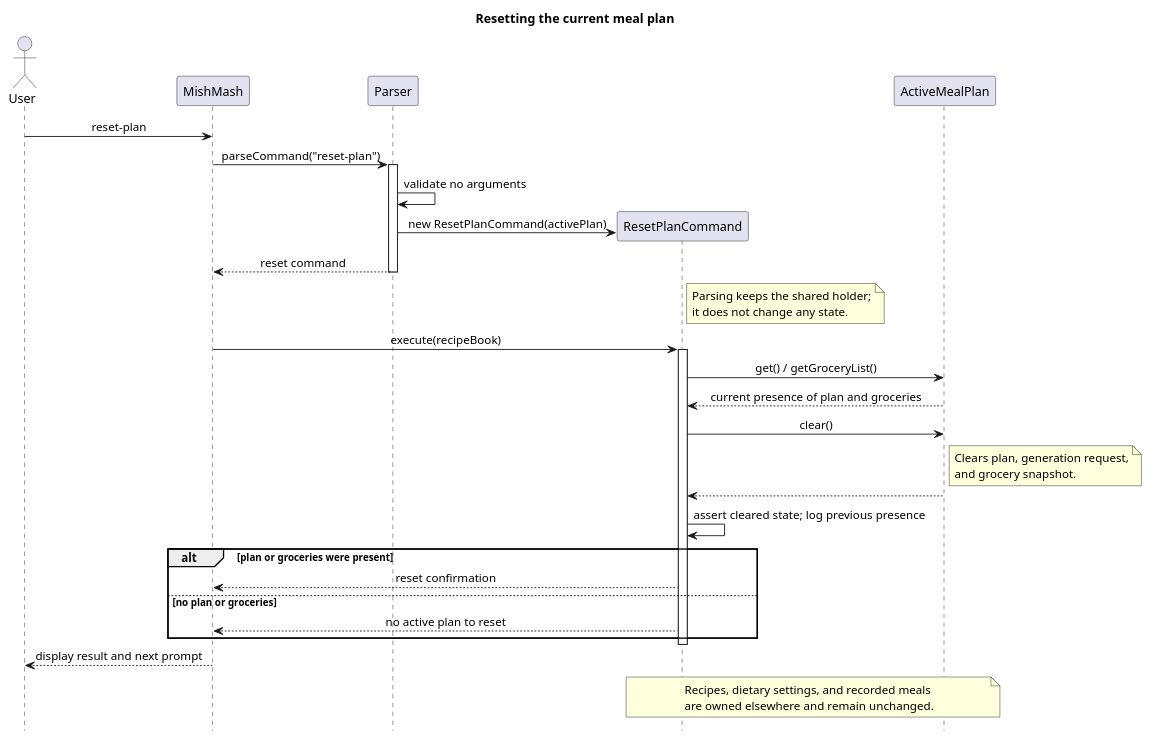
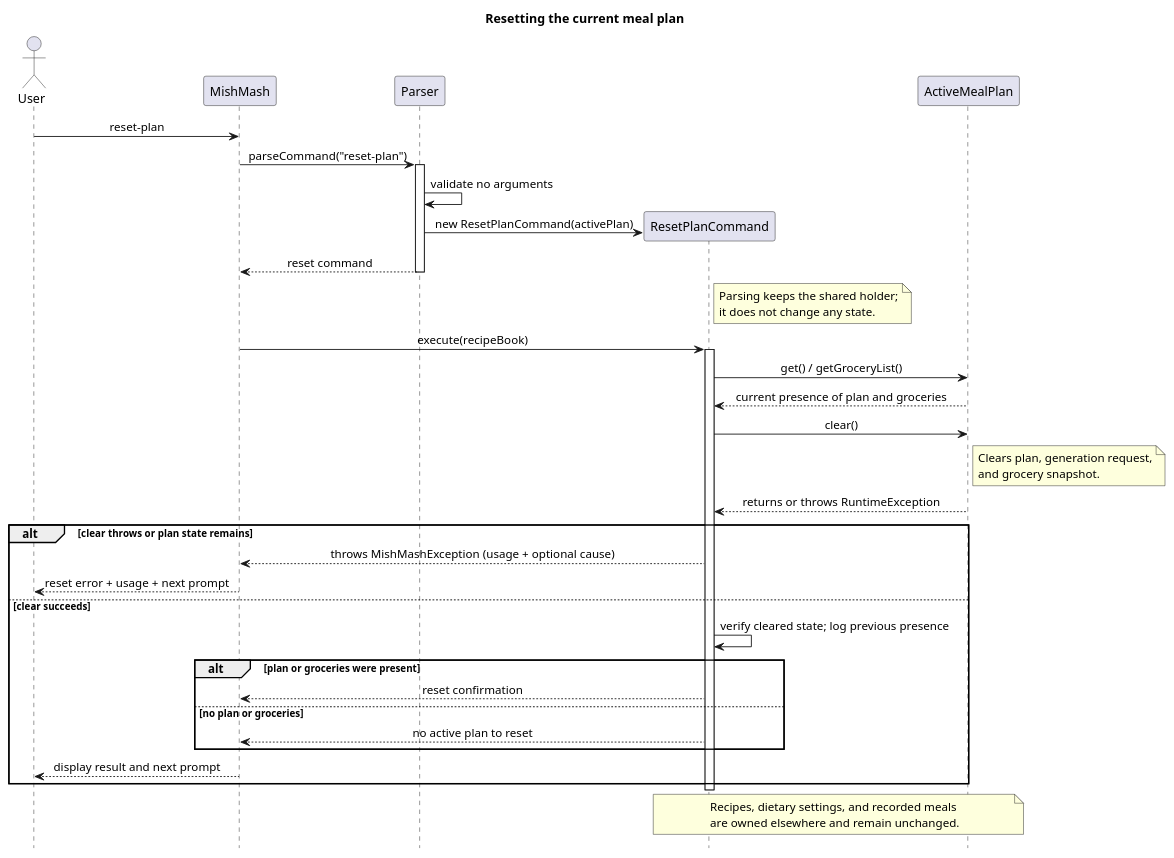
One commit to AY2627S1-CS2113-W13-4/tp changed the diagram in docs/diagrams/reset-plan/execution.puml. Above: the diagram before and after it, drawn with PlantUML. The commit also changed 2 other files, not shown here.

Commit message:
Document recoverable reset failures and update execution UML

```diff
--- a/docs/diagrams/reset-plan/execution.puml
+++ b/docs/diagrams/reset-plan/execution.puml
@@ -2,49 +2,54 @@
 @startuml
 title Resetting the current meal plan
 hide footbox
 skinparam backgroundColor white
 skinparam shadowing false
 skinparam defaultFontName SansSerif
 skinparam sequenceMessageAlign center
 
 actor User
 participant MishMash
 participant Parser
 participant ResetPlanCommand as Reset
 participant ActiveMealPlan as Active
 
 User -> MishMash : reset-plan
 MishMash -> Parser : parseCommand("reset-plan")
 activate Parser
 Parser -> Parser : validate no arguments
 create Reset
 Parser -> Reset : new ResetPlanCommand(activePlan)
 Parser --> MishMash : reset command
 deactivate Parser
 note right of Reset
   Parsing keeps the shared holder;
   it does not change any state.
 end note
 MishMash -> Reset : execute(recipeBook)
 activate Reset
 Reset -> Active : get() / getGroceryList()
 Active --> Reset : current presence of plan and groceries
 Reset -> Active : clear()
 note right of Active
   Clears plan, generation request,
   and grocery snapshot.
 end note
-Active --> Reset
-Reset -> Reset : assert cleared state; log previous presence
-alt plan or groceries were present
-  Reset --> MishMash : reset confirmation
-else no plan or groceries
-  Reset --> MishMash : no active plan to reset
+Active --> Reset : returns or throws RuntimeException
+alt clear throws or plan state remains
+  Reset --> MishMash : throws MishMashException (usage + optional cause)
+  MishMash --> User : reset error + usage + next prompt
+else clear succeeds
+  Reset -> Reset : verify cleared state; log previous presence
+  alt plan or groceries were present
+    Reset --> MishMash : reset confirmation
+  else no plan or groceries
+    Reset --> MishMash : no active plan to reset
+  end
+  MishMash --> User : display result and next prompt
 end
 deactivate Reset
-MishMash --> User : display result and next prompt
 note over Reset, Active
   Recipes, dietary settings, and recorded meals
   are owned elsewhere and remain unchanged.
 end note
 @enduml
```
